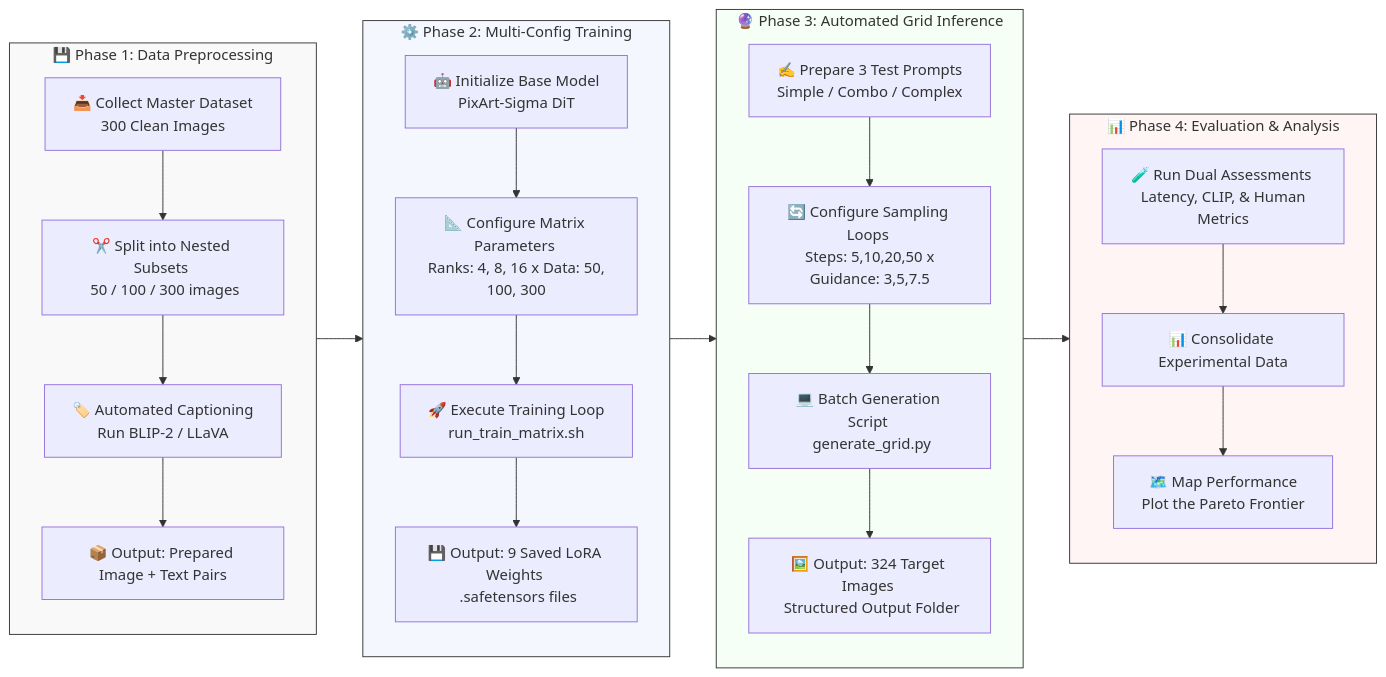
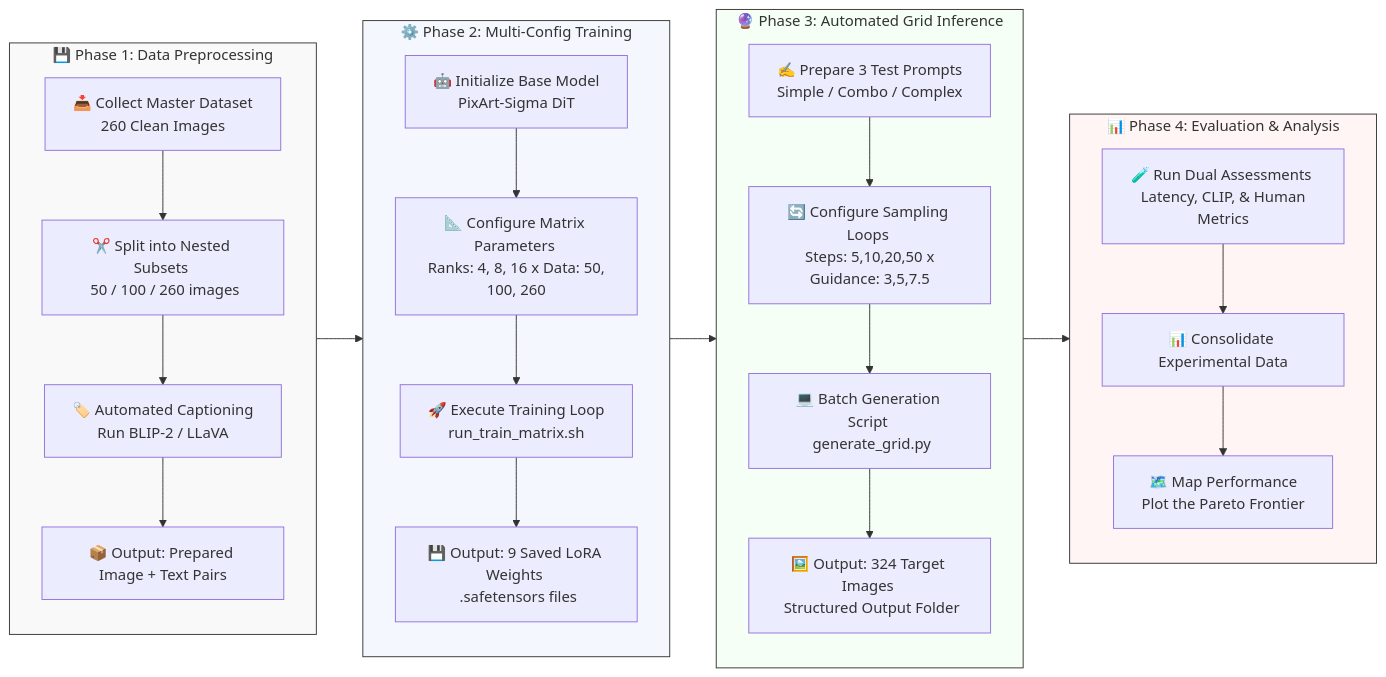
Before and after one commit to jackyckp/efficient-pixart-sigma-lora: the diagram in README.md, drawn with Mermaid. The commit also changed other lines of this file and 13 other files, not shown here.

````diff
--- a/README.md
+++ b/README.md
@@ -27,44 +58,44 @@
 ```mermaid
 flowchart LR
     %% Phase 1
     subgraph P1 [💾 Phase 1: Data Preprocessing]
         direction TD
-        A[📥 Collect Master Dataset <br/> 300 Clean Images] --> B[✂️ Split into Nested Subsets <br/> 50 / 100 / 300 images]
+        A[📥 Collect Master Dataset <br/> 260 Clean Images] --> B[✂️ Split into Nested Subsets <br/> 50 / 100 / 260 images]
         B --> C[🏷️ Automated Captioning <br/> Run BLIP-2 / LLaVA]
         C --> D[📦 Output: Prepared Image + Text Pairs]
     end
 
     %% Phase 2
     subgraph P2 [⚙️ Phase 2: Multi-Config Training]
         direction TD
-        E[🤖 Initialize Base Model <br/> PixArt-Sigma DiT] --> F[📐 Configure Matrix Parameters <br/> Ranks: 4, 8, 16 x Data: 50, 100, 300]
+        E[🤖 Initialize Base Model <br/> PixArt-Sigma DiT] --> F[📐 Configure Matrix Parameters <br/> Ranks: 4, 8, 16 x Data: 50, 100, 260]
         F --> G[🚀 Execute Training Loop <br/> run_train_matrix.sh]
         G --> H[💾 Output: 9 Saved LoRA Weights <br/> .safetensors files]
     end
 
     %% Phase 3
     subgraph P3 [🔮 Phase 3: Automated Grid Inference]
         direction TD
         I[✍️ Prepare 3 Test Prompts <br/> Simple / Combo / Complex] --> J[🔄 Configure Sampling Loops <br/> Steps: 5,10,20,50 x Guidance: 3,5,7.5]
         J --> K[💻 Batch Generation Script <br/> generate_grid.py]
         K --> L[🖼️ Output: 324 Target Images <br/> Structured Output Folder]
     end
 
     %% Phase 4
     subgraph P4 [📊 Phase 4: Evaluation & Analysis]
         direction TD
         M[🧪 Run Dual Assessments <br/> Latency, CLIP, & Human Metrics] --> N[📊 Consolidate Experimental Data]
         N --> O[🗺️ Map Performance <br/> Plot the Pareto Frontier]
     end
 
     %% Macro Flow: Horizontal Subgraph-to-Subgraph links
     P1 --> P2
     P2 --> P3
     P3 --> P4
 
     %% Formatting Style
     style P1 fill:#f9f9f9,stroke:#333,stroke-width:1px
     style P2 fill:#f5f7ff,stroke:#333,stroke-width:1px
     style P3 fill:#f5fff5,stroke:#333,stroke-width:1px
     style P4 fill:#fff5f5,stroke:#333,stroke-width:1px
 ```
````
